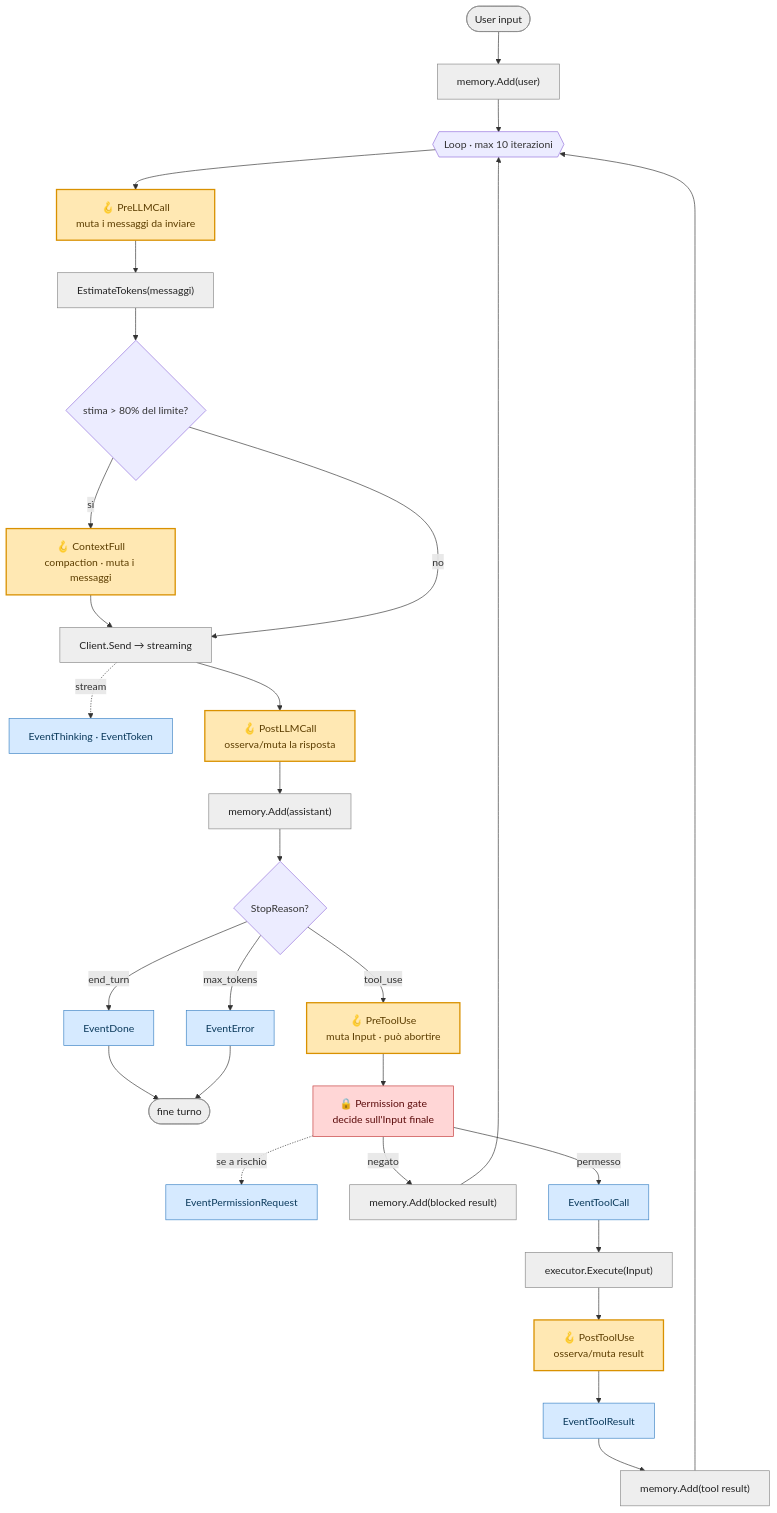
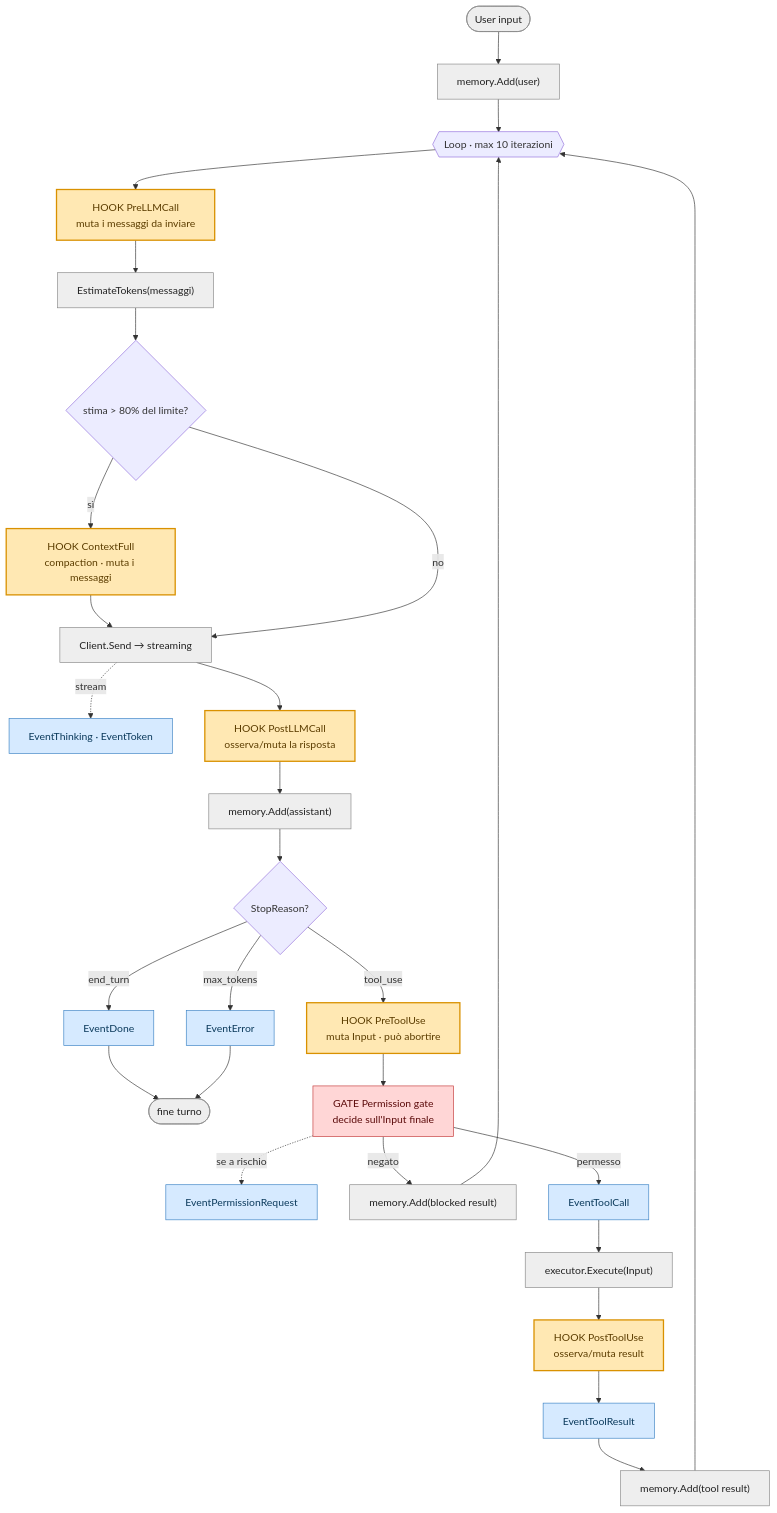
The second of 2 diagrams in docs/agentic-loop.md (Federicoand98/mani), drawn with Mermaid before and after one commit. The commit also changed other lines of this file, not shown here.

Commit message:
docs: fix mermaid diagram agentic loop

````diff
--- a/docs/agentic-loop.md
+++ b/docs/agentic-loop.md
@@ -45,45 +45,45 @@
 ```mermaid
 flowchart TD
     classDef hook fill:#ffe8b3,stroke:#d99100,color:#5c3d00,stroke-width:2px;
     classDef event fill:#d6eaff,stroke:#3b82c4,color:#0b3a5c;
     classDef gate fill:#ffd6d6,stroke:#c43b3b,color:#5c0b0b;
     classDef step fill:#eeeeee,stroke:#888888,color:#222222;
 
     IN(["User input"]):::step
     ADD["memory.Add(user)"]:::step
     LOOP{{"Loop · max 10 iterazioni"}}
-    PRE["🪝 PreLLMCall<br/>muta i messaggi da inviare"]:::hook
+    PRE["HOOK PreLLMCall<br/>muta i messaggi da inviare"]:::hook
     EST["EstimateTokens(messaggi)"]:::step
     CHK{"stima &gt; 80% del limite?"}
-    CF["🪝 ContextFull<br/>compaction · muta i messaggi"]:::hook
+    CF["HOOK ContextFull<br/>compaction · muta i messaggi"]:::hook
     SEND["Client.Send → streaming"]:::step
     SEV["EventThinking · EventToken"]:::event
-    POST["🪝 PostLLMCall<br/>osserva/muta la risposta"]:::hook
+    POST["HOOK PostLLMCall<br/>osserva/muta la risposta"]:::hook
     ADDA["memory.Add(assistant)"]:::step
     SR{"StopReason?"}
     DONE["EventDone"]:::event
     EERR["EventError"]:::event
     RET(["fine turno"]):::step
 
-    TPRE["🪝 PreToolUse<br/>muta Input · può abortire"]:::hook
-    GATE["🔒 Permission gate<br/>decide sull'Input finale"]:::gate
+    TPRE["HOOK PreToolUse<br/>muta Input · può abortire"]:::hook
+    GATE["GATE Permission gate<br/>decide sull'Input finale"]:::gate
     PREQ["EventPermissionRequest"]:::event
     TBLK["memory.Add(blocked result)"]:::step
     TCALL["EventToolCall"]:::event
     TEXEC["executor.Execute(Input)"]:::step
-    TPOST["🪝 PostToolUse<br/>osserva/muta result"]:::hook
+    TPOST["HOOK PostToolUse<br/>osserva/muta result"]:::hook
     TRES["EventToolResult"]:::event
     TADD["memory.Add(tool result)"]:::step
 
     IN --> ADD --> LOOP --> PRE --> EST --> CHK
     CHK -- "sì" --> CF --> SEND
     CHK -- "no" --> SEND
     SEND -. "stream" .-> SEV
     SEND --> POST --> ADDA --> SR
     SR -- "end_turn" --> DONE --> RET
     SR -- "max_tokens" --> EERR --> RET
     SR -- "tool_use" --> TPRE --> GATE
     GATE -. "se a rischio" .-> PREQ
     GATE -- "negato" --> TBLK --> LOOP
     GATE -- "permesso" --> TCALL --> TEXEC --> TPOST --> TRES --> TADD --> LOOP
 ```
````
